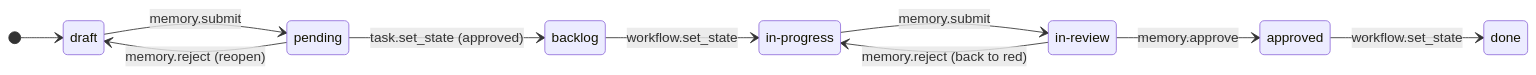
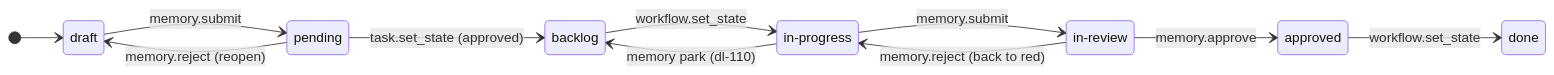
One commit to wingfoil/wingfoil changed diagram 18 of 24 in .wingfoil/WORKFLOW.md. Above: the diagram before and after it, drawn with Mermaid. The commit also changed other lines of this file and 5 other files, not shown here.

````diff
--- a/.wingfoil/WORKFLOW.md
+++ b/.wingfoil/WORKFLOW.md
@@ -432,16 +442,17 @@
 ```mermaid
 stateDiagram-v2
     direction LR
     [*] --> draft
     draft --> pending : memory.submit
     pending --> backlog : task.set_state (approved)
     pending --> draft : memory.reject (reopen)
     backlog --> in_progress : workflow.set_state
     in_progress --> in_review : memory.submit
     in_review --> approved : memory.approve
     in_review --> in_progress : memory.reject (back to red)
+    in_progress --> backlog : memory park (dl-110)
     approved --> done : workflow.set_state
 
     in_progress : in-progress
     in_review : in-review
 ```
````
